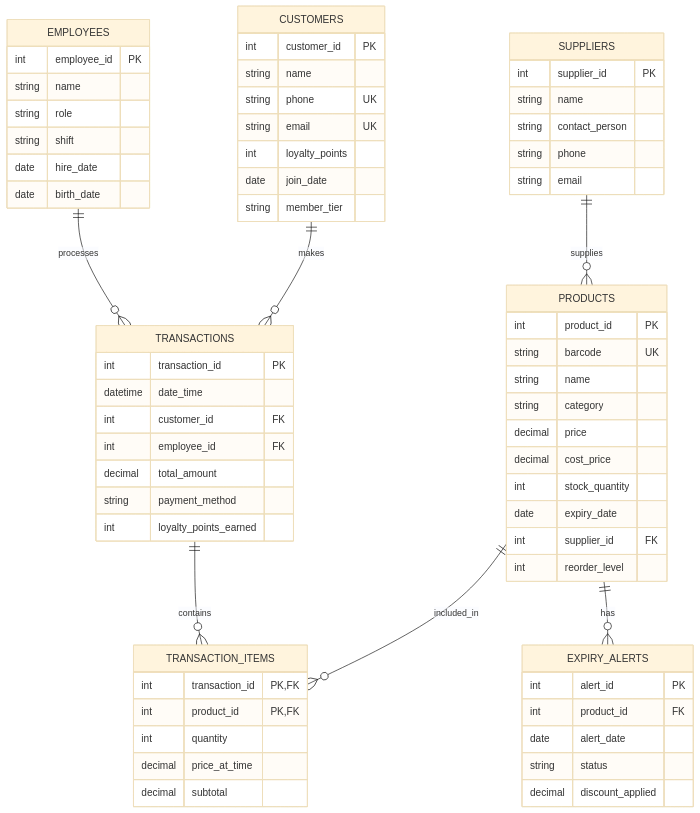
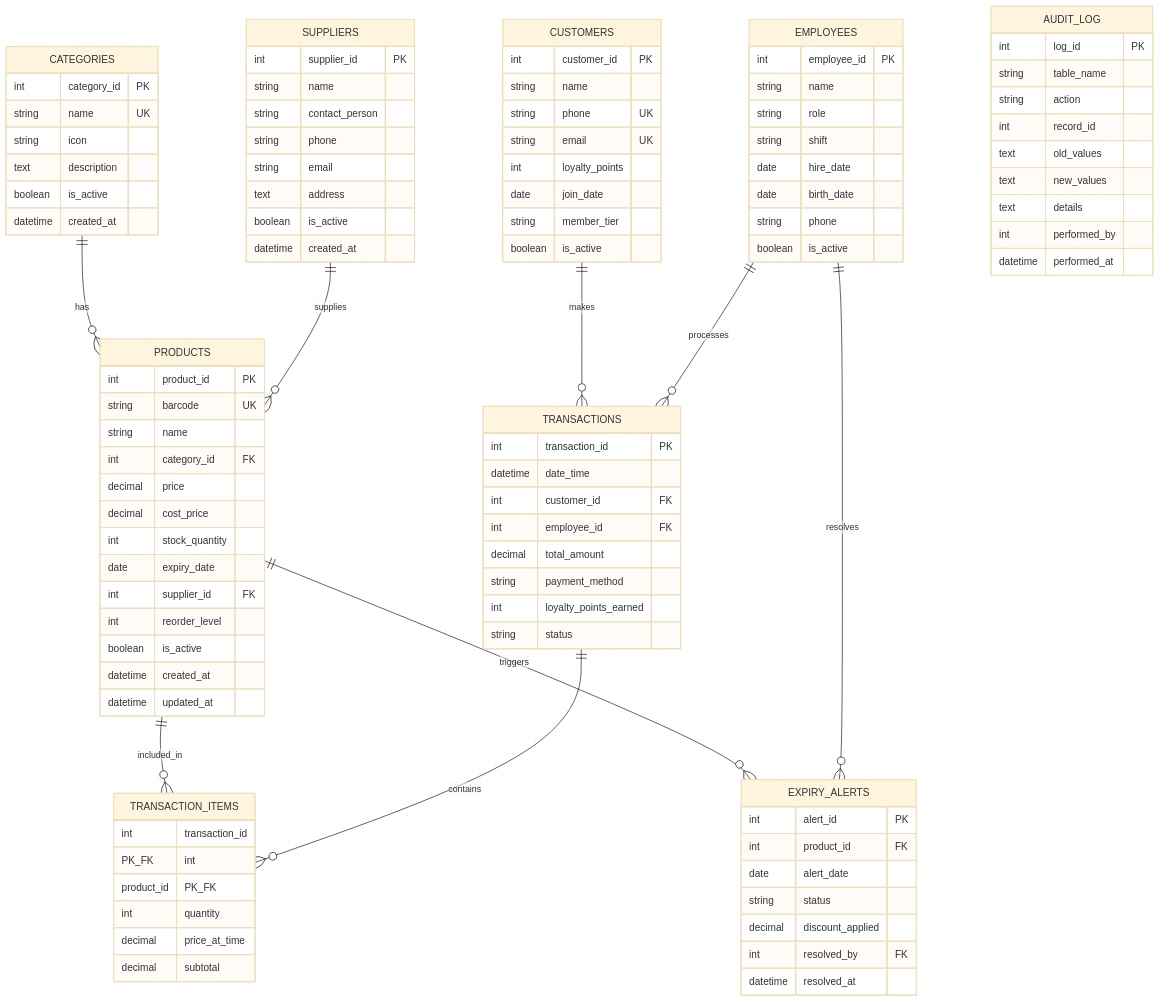
The diagram in docs/ER_DIAGRAM.md (Lord-shaban/Smart-Mart), drawn with Mermaid (base theme) before and after one commit. The commit also changed other lines of this file and 44 other files, not shown here.

````diff
--- a/docs/ER_DIAGRAM.md
+++ b/docs/ER_DIAGRAM.md
@@ -5,11 +19,22 @@
 ```mermaid
 erDiagram
-    SUPPLIERS ||--o{ PRODUCTS : supplies
-    PRODUCTS ||--o{ TRANSACTION_ITEMS : included_in
-    PRODUCTS ||--o{ EXPIRY_ALERTS : has
-    TRANSACTIONS ||--o{ TRANSACTION_ITEMS : contains
-    CUSTOMERS ||--o{ TRANSACTIONS : makes
-    EMPLOYEES ||--o{ TRANSACTIONS : processes
+    CATEGORIES ||--o{ PRODUCTS : "has"
+    SUPPLIERS ||--o{ PRODUCTS : "supplies"
+    PRODUCTS ||--o{ TRANSACTION_ITEMS : "included_in"
+    PRODUCTS ||--o{ EXPIRY_ALERTS : "triggers"
+    TRANSACTIONS ||--o{ TRANSACTION_ITEMS : "contains"
+    CUSTOMERS ||--o{ TRANSACTIONS : "makes"
+    EMPLOYEES ||--o{ TRANSACTIONS : "processes"
+    EMPLOYEES ||--o{ EXPIRY_ALERTS : "resolves"
+
+    CATEGORIES {
+        int category_id PK
+        string name UK
+        string icon
+        text description
+        boolean is_active
+        datetime created_at
+    }
 
     SUPPLIERS {
         int supplier_id PK
@@ -17,19 +42,9 @@
         string contact_person
         string phone
         string email
-    }
-
-    PRODUCTS {
-        int product_id PK
-        string barcode UK
-        string name
-        string category
-        decimal price
-        decimal cost_price
-        int stock_quantity
-        date expiry_date
-        int supplier_id FK
-        int reorder_level
+        text address
+        boolean is_active
+        datetime created_at
     }
 
     CUSTOMERS {
@@ -40,6 +55,7 @@
         int loyalty_points
         date join_date
         string member_tier
+        boolean is_active
     }
 
     EMPLOYEES {
@@ -49,6 +65,24 @@
         string shift
         date hire_date
         date birth_date
+        string phone
+        boolean is_active
+    }
+
+    PRODUCTS {
+        int product_id PK
+        string barcode UK
+        string name
+        int category_id FK
+        decimal price
+        decimal cost_price
+        int stock_quantity
+        date expiry_date
+        int supplier_id FK
+        int reorder_level
+        boolean is_active
+        datetime created_at
+        datetime updated_at
     }
 
     TRANSACTIONS {
@@ -59,11 +93,12 @@
         decimal total_amount
         string payment_method
         int loyalty_points_earned
+        string status
     }
 
     TRANSACTION_ITEMS {
-        int transaction_id PK, FK
-        int product_id PK, FK
+        int transaction_id PK_FK
+        int product_id PK_FK
         int quantity
         decimal price_at_time
         decimal subtotal
@@ -75,5 +110,19 @@
         date alert_date
         string status
         decimal discount_applied
+        int resolved_by FK
+        datetime resolved_at
+    }
+
+    AUDIT_LOG {
+        int log_id PK
+        string table_name
+        string action
+        int record_id
+        text old_values
+        text new_values
+        text details
+        int performed_by
+        datetime performed_at
     }
 ```
````
